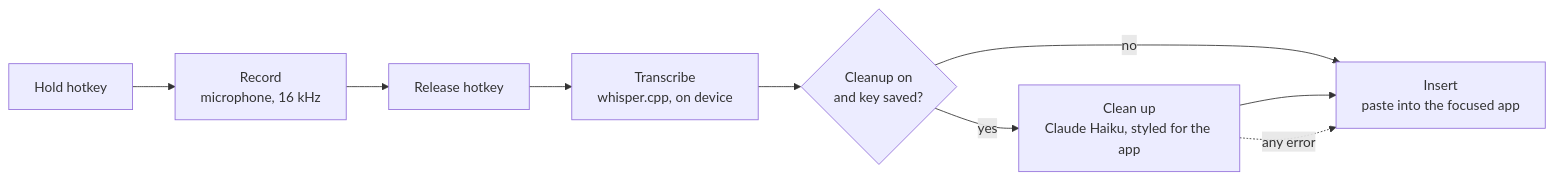
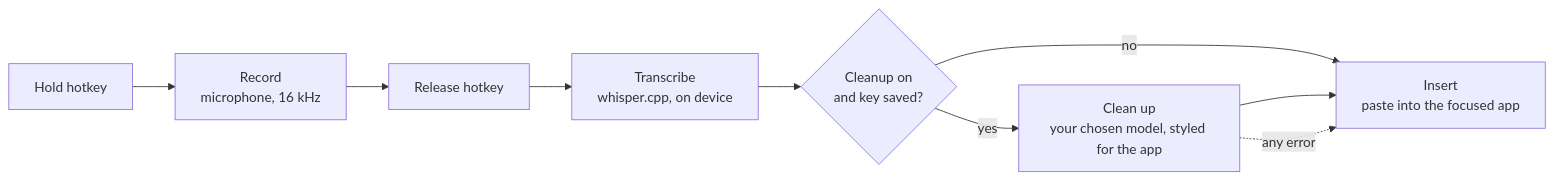
Before and after one commit to ShanTirmizi/utter: the diagram in README.md, drawn with Mermaid. The commit also changed other lines of this file and 14 other files, not shown here.

````diff
--- a/README.md
+++ b/README.md
@@ -17,11 +19,11 @@
 ```mermaid
 flowchart LR
     A["Hold hotkey"] --> B["Record<br/>microphone, 16 kHz"]
     B --> C["Release hotkey"]
     C --> D["Transcribe<br/>whisper.cpp, on device"]
     D --> E{"Cleanup on<br/>and key saved?"}
-    E -- yes --> F["Clean up<br/>Claude Haiku, styled for the app"]
+    E -- yes --> F["Clean up<br/>your chosen model, styled for the app"]
     E -- no --> G["Insert<br/>paste into the focused app"]
     F --> G
     F -. "any error" .-> G
 ```
````
